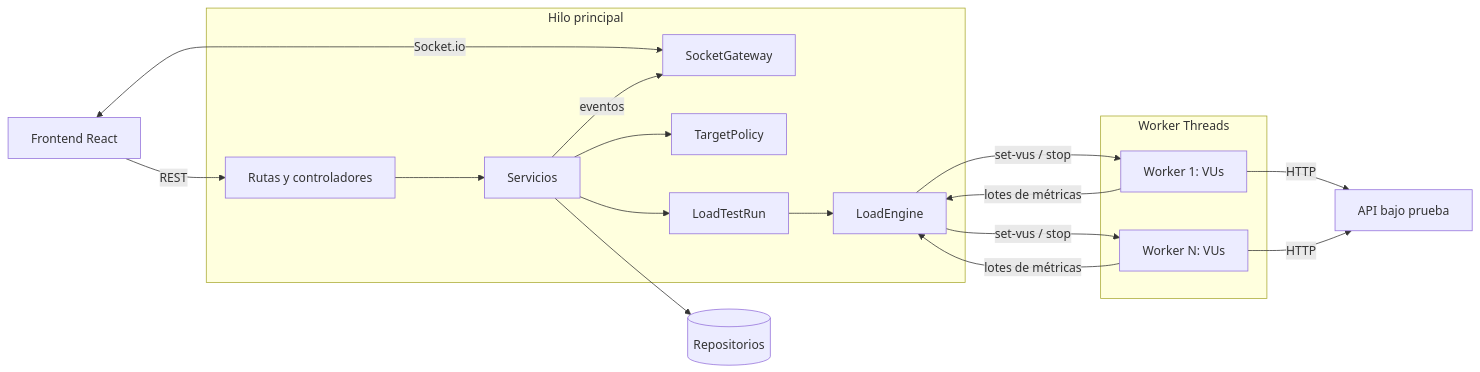
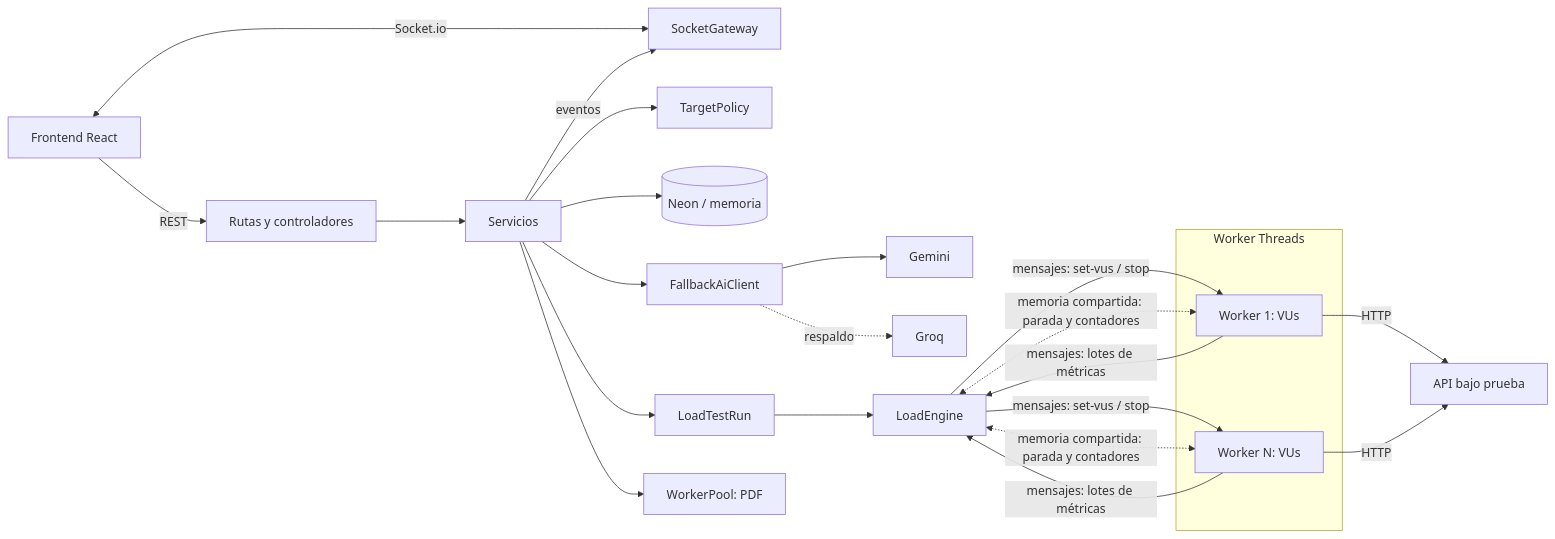
One commit to JulianMoreno627/TESTEADOR-CARGA-BACKEND changed the diagram in README.md. Above: the diagram before and after it, drawn with Mermaid. The commit also changed other lines of this file, not shown here.

````diff
--- a/README.md
+++ b/README.md
@@ -41,26 +57,23 @@
 ```mermaid
 flowchart LR
   FE[Frontend React] -- REST --> API[Rutas y controladores]
   FE <-- Socket.io --> GW[SocketGateway]
   API --> SVC[Servicios]
   SVC --> POL[TargetPolicy]
-  SVC --> REPO[(Repositorios)]
+  SVC --> REPO[(Neon / memoria)]
   SVC -- eventos --> GW
+  SVC --> AI[FallbackAiClient]
+  AI --> GEM[Gemini]
+  AI -. respaldo .-> GROQ[Groq]
   SVC --> RUN[LoadTestRun]
   RUN --> ENG[LoadEngine]
-  subgraph Hilo principal
-    API
-    GW
-    SVC
-    POL
-    RUN
-    ENG
-  end
+  SVC --> POOL[WorkerPool: PDF]
   subgraph Worker Threads
     W1[Worker 1: VUs]
     W2[Worker N: VUs]
   end
-  ENG -- set-vus / stop --> W1 & W2
-  W1 & W2 -- lotes de métricas --> ENG
+  ENG -- mensajes: set-vus / stop --> W1 & W2
+  W1 & W2 -- mensajes: lotes de métricas --> ENG
+  ENG <-. memoria compartida: parada y contadores .-> W1 & W2
   W1 & W2 -- HTTP --> T[API bajo prueba]
 ```
````
